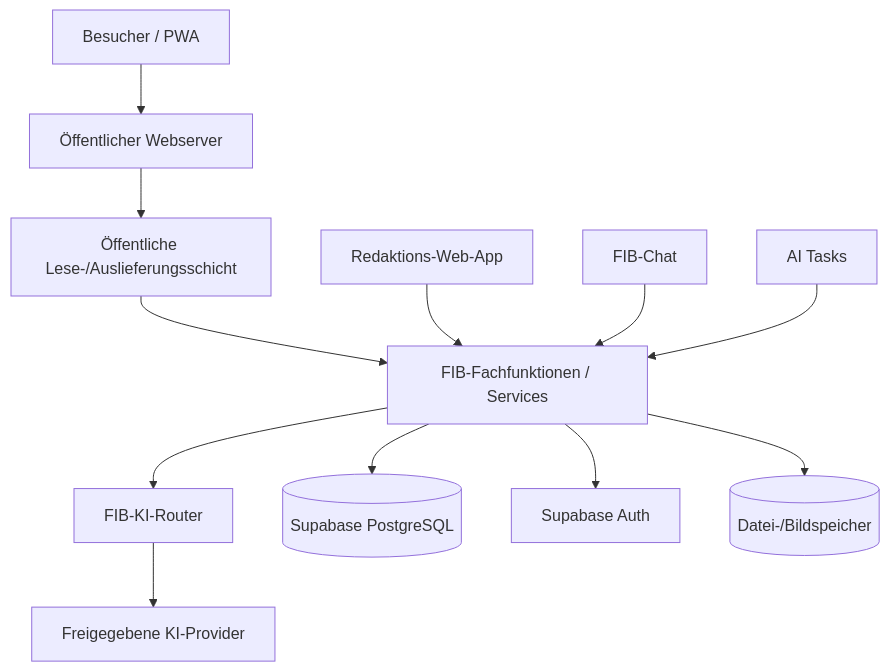
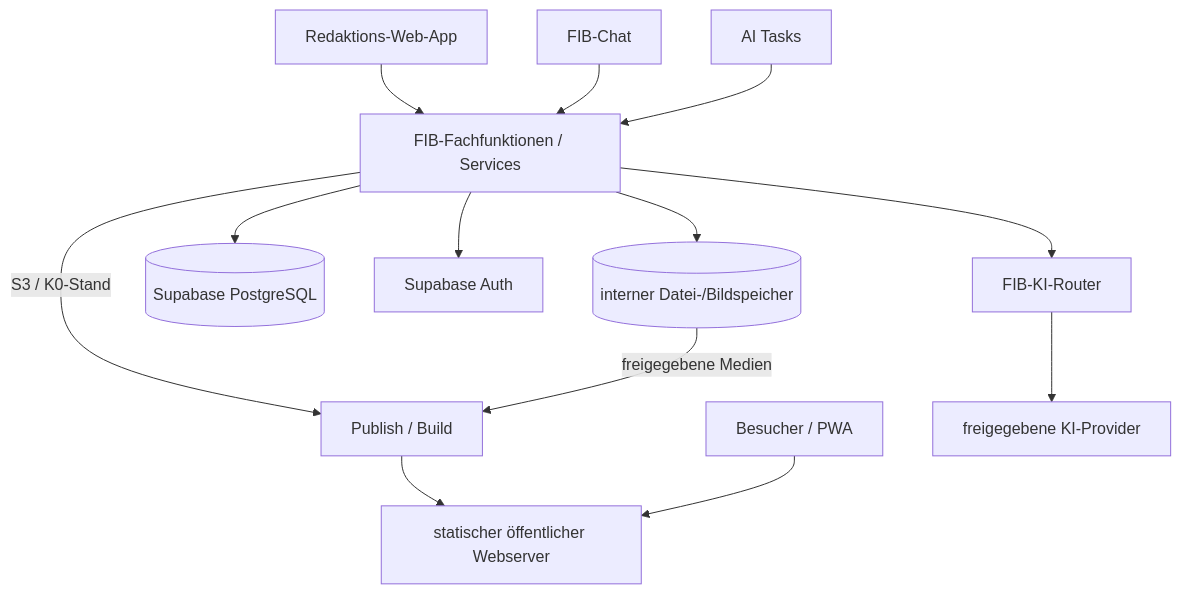
The diagram in docs/Zielarchitektur.md (PustefixReisen/fib-echtsystem), drawn with Mermaid before and after one commit. The commit also changed other lines of this file, not shown here.

Commit message:
G5: Static-Publish und Deploymentprozess in Zielarchitektur integrieren

````diff
--- a/docs/Zielarchitektur.md
+++ b/docs/Zielarchitektur.md
@@ -40,31 +43,32 @@
 ```mermaid
 flowchart TB
     V[Besucher / PWA]
     R[Redaktions-Web-App]
     C[FIB-Chat]
     T[AI Tasks]
 
-    PUB[Öffentliche Lese-/Auslieferungsschicht]
     FS[FIB-Fachfunktionen / Services]
     AIR[FIB-KI-Router]
+    PUB[Publish / Build]
 
     DB[(Supabase PostgreSQL)]
     AUTH[Supabase Auth]
-    STORE[(Datei-/Bildspeicher)]
-    AI[Freigegebene KI-Provider]
-    WEB[Öffentlicher Webserver]
-
-    V --> WEB
-    WEB --> PUB
-    PUB --> FS
+    STORE[(interner Datei-/Bildspeicher)]
+    AI[freigegebene KI-Provider]
+    WEB[statischer öffentlicher Webserver]
 
     R --> FS
     C --> FS
     T --> FS
 
     FS --> DB
     FS --> AUTH
     FS --> STORE
     FS --> AIR
     AIR --> AI
+
+    FS -->|S3 / K0-Stand| PUB
+    STORE -->|freigegebene Medien| PUB
+    PUB --> WEB
+    V --> WEB
 ```
````
